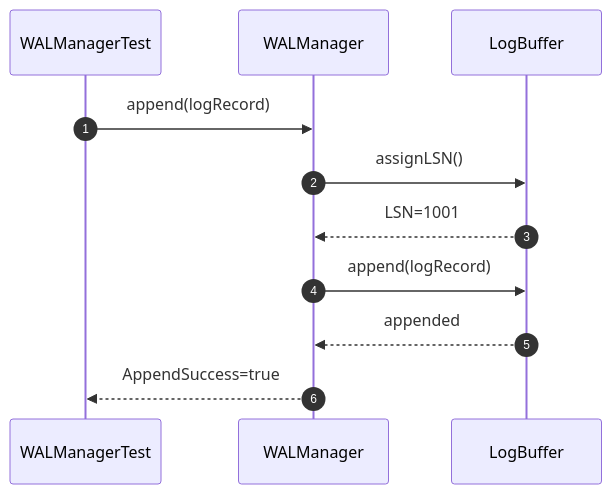
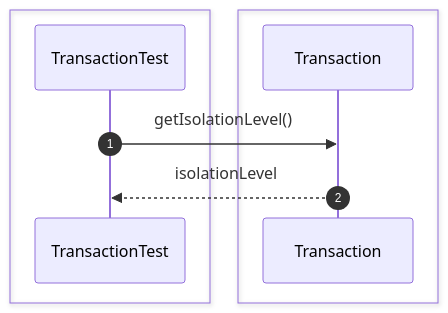
Before and after one commit to Huy1801214/dbms-architecture: diagram 20 of 54 in src/sequence/transaction.md, drawn with Mermaid. The commit also changed other lines of this file and 10 other files, not shown here.

Commit message:
add comprehensive sequence diagrams and documentation for system architecture and unit testing specifications

````diff
--- a/src/sequence/transaction.md
+++ b/src/sequence/transaction.md
@@ -467,18 +338,14 @@
 ```mermaid
 sequenceDiagram
     autonumber
-    participant Test as WALManagerTest
-    participant WAL as WALManager
-    participant LogBuffer as LogBuffer
 
-    Test->>WAL: append(logRecord)
+    box #e1f5fe Test Suite
+    participant Test as TransactionTest
+    end
+    box #ffebee Transaction Components
+    participant Tx as Transaction
+    end
 
-    WAL->>LogBuffer: assignLSN()
-    LogBuffer-->>WAL: LSN=1001
-
-    WAL->>LogBuffer: append(logRecord)
-
-    LogBuffer-->>WAL: appended
-
-    WAL-->>Test: AppendSuccess=true
+    Test->>Tx: getIsolationLevel()
+    Tx-->>Test: isolationLevel
 ```
````
